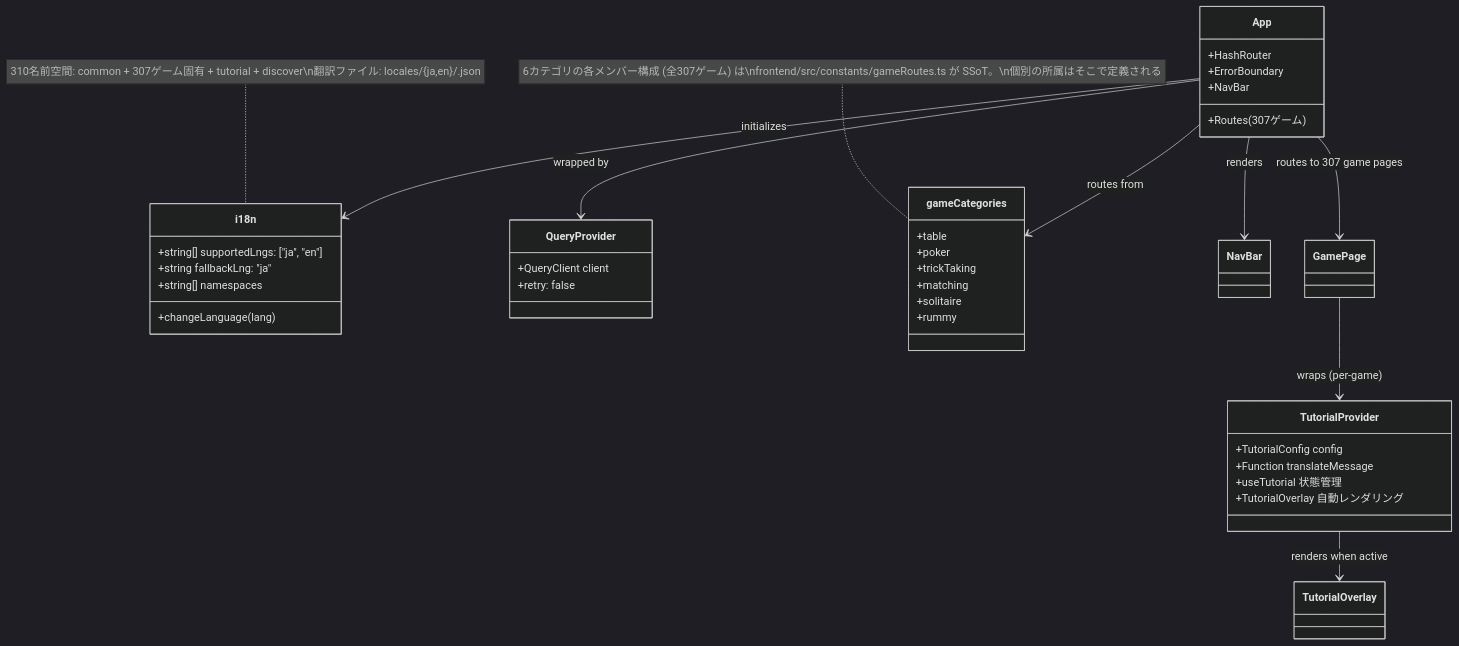
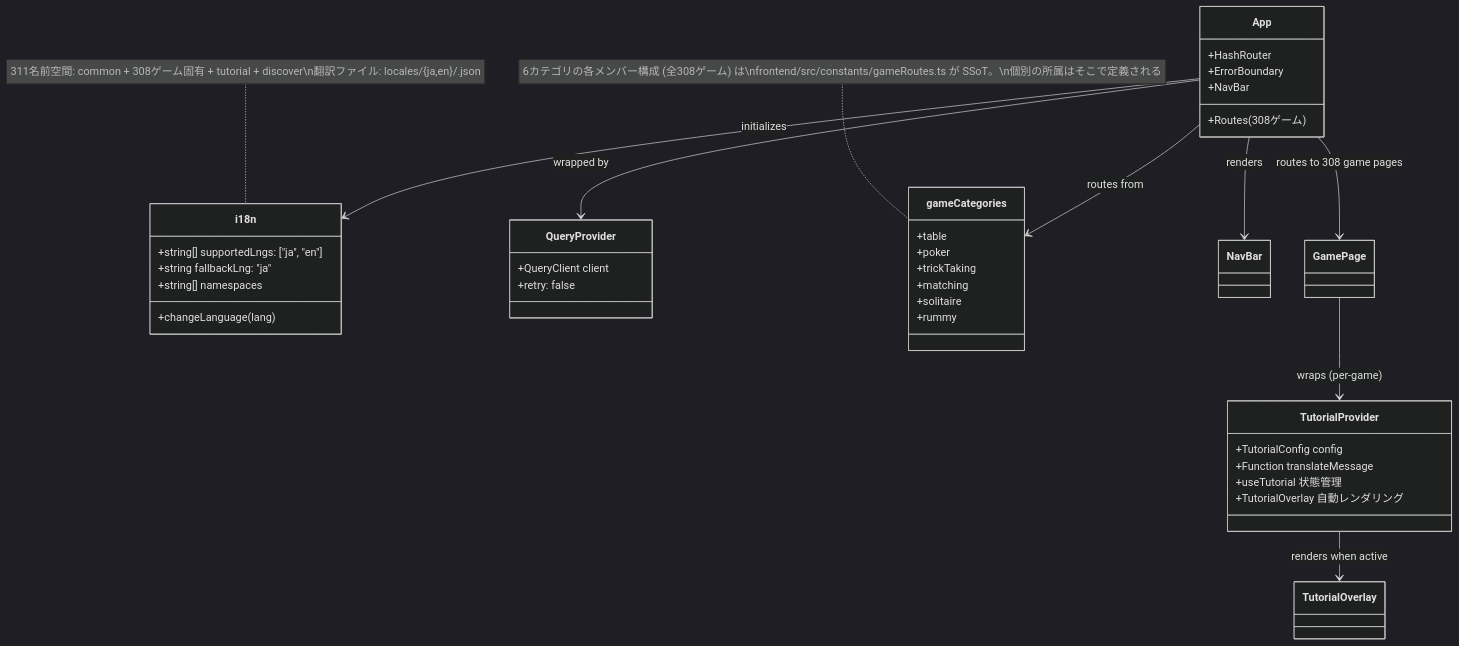
One commit to yuta-yoshinaga/go_trumpcards changed the ninth of 49 diagrams in docs/design/frontend.md. Above: the diagram before and after it, drawn with Mermaid (dark theme). The commit also changed other lines of this file and 59 other files, not shown here.

````diff
--- a/docs/design/frontend.md
+++ b/docs/design/frontend.md
@@ -1869,48 +1869,48 @@
 ```mermaid
 classDiagram
     class i18n {
         +string[] supportedLngs: ["ja", "en"]
         +string fallbackLng: "ja"
         +string[] namespaces
         +changeLanguage(lang)
     }
 
     class QueryProvider {
         +QueryClient client
         +retry: false
     }
 
     class App {
         +HashRouter
         +ErrorBoundary
         +NavBar
-        +Routes (307ゲーム)
+        +Routes (308ゲーム)
     }
 
     class gameCategories {
         +table
         +poker
         +trickTaking
         +matching
         +solitaire
         +rummy
     }
-    note for gameCategories "6カテゴリの各メンバー構成 (全307ゲーム) は\nfrontend/src/constants/gameRoutes.ts が SSoT。\n個別の所属はそこで定義される"
+    note for gameCategories "6カテゴリの各メンバー構成 (全308ゲーム) は\nfrontend/src/constants/gameRoutes.ts が SSoT。\n個別の所属はそこで定義される"
 
     class TutorialProvider {
         +TutorialConfig config
         +Function translateMessage
         +useTutorial 状態管理
         +TutorialOverlay 自動レンダリング
     }
 
     App --> QueryProvider : wrapped by
     App --> i18n : initializes
     App --> gameCategories : routes from
     App --> NavBar : renders
-    App --> GamePage : routes to 307 game pages
+    App --> GamePage : routes to 308 game pages
     GamePage --> TutorialProvider : wraps (per-game)
     TutorialProvider --> TutorialOverlay : renders when active
 
-    note for i18n "310名前空間: common + 307ゲーム固有 + tutorial + discover\n翻訳ファイル: locales/{ja,en}/<game>.json"
+    note for i18n "311名前空間: common + 308ゲーム固有 + tutorial + discover\n翻訳ファイル: locales/{ja,en}/<game>.json"
 ```
````
